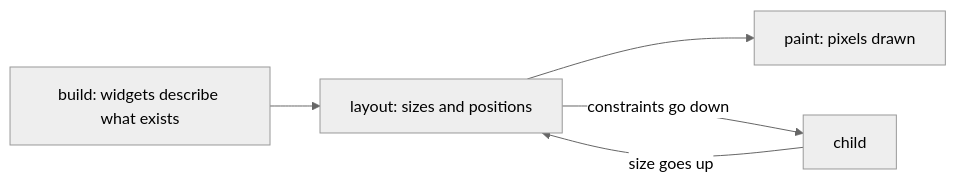
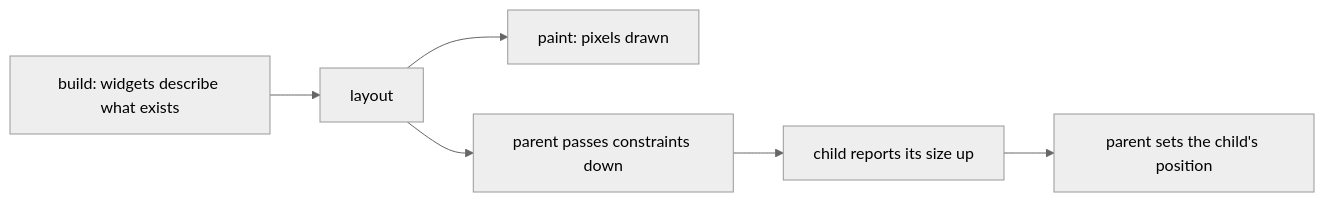
One commit to duyan11110/lo-trinh-architect changed the diagram in content/tracks/frontend/flutter-foundations/frontend.l1.build-layout-paint.en.md. Above: the diagram before and after it, drawn with Mermaid (neutral theme). The commit also changed other lines of this file and 3 other files, not shown here.

Commit message:
lesson: apply-review round 1 for frontend.l1.build-layout-paint

````diff
--- a/content/tracks/frontend/flutter-foundations/frontend.l1.build-layout-paint.en.md
+++ b/content/tracks/frontend/flutter-foundations/frontend.l1.build-layout-paint.en.md
@@ -38,7 +38,8 @@
 ```mermaid
 flowchart LR
-  B[build: widgets describe what exists] --> L[layout: sizes and positions]
+  B[build: widgets describe what exists] --> L[layout]
   L --> P[paint: pixels drawn]
-  L -->|constraints go down| C[child]
-  C -->|size goes up| L
+  L --> PA[parent passes constraints down]
+  PA --> CH[child reports its size up]
+  CH --> PO[parent sets the child's position]
 ```
````
